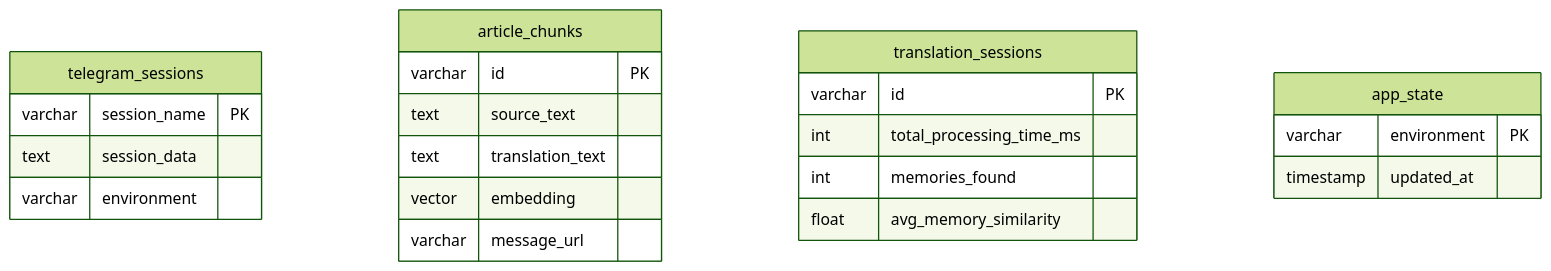
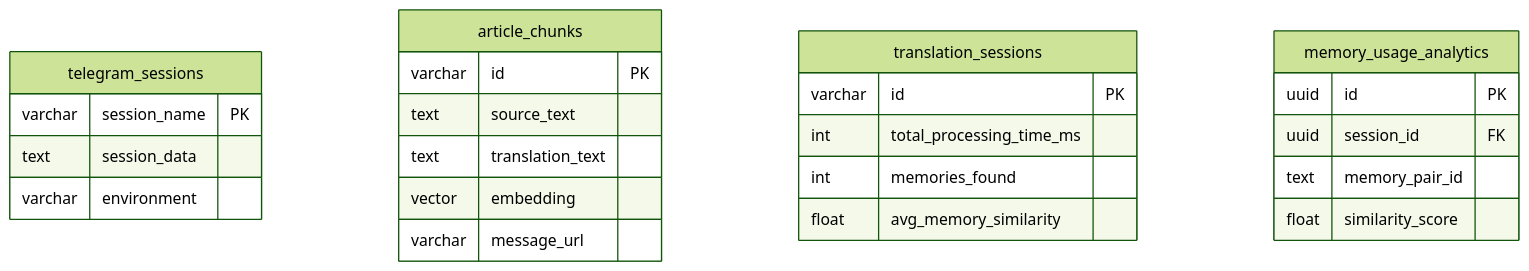
One commit to segalmax/telegram_zoomer changed the diagram in docs/DATA-ARCHITECTURE.md. Above: the diagram before and after it, drawn with Mermaid (forest theme). The commit also changed other lines of this file and 3 other files, not shown here.

````diff
--- a/docs/DATA-ARCHITECTURE.md
+++ b/docs/DATA-ARCHITECTURE.md
@@ -10,29 +10,30 @@
 ```mermaid
 erDiagram
     telegram_sessions {
         varchar session_name PK
         text session_data
         varchar environment
     }
     
     article_chunks {
         varchar id PK
         text source_text
         text translation_text
         vector embedding
         varchar message_url
     }
     
     translation_sessions {
         varchar id PK
         int total_processing_time_ms
         int memories_found
         float avg_memory_similarity
     }
     
-    app_state {
-        varchar environment PK
-        
-        timestamp updated_at
+    memory_usage_analytics {
+        uuid id PK
+        uuid session_id FK
+        text memory_pair_id
+        float similarity_score
     }
 ```
````
